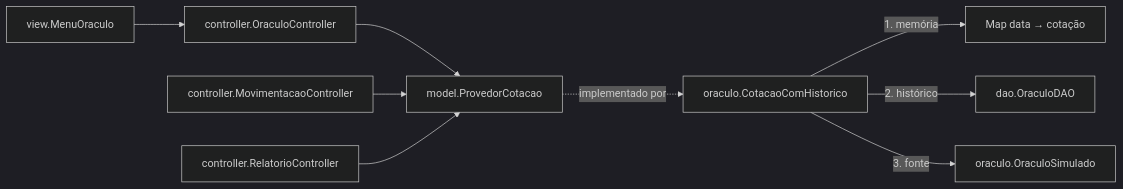
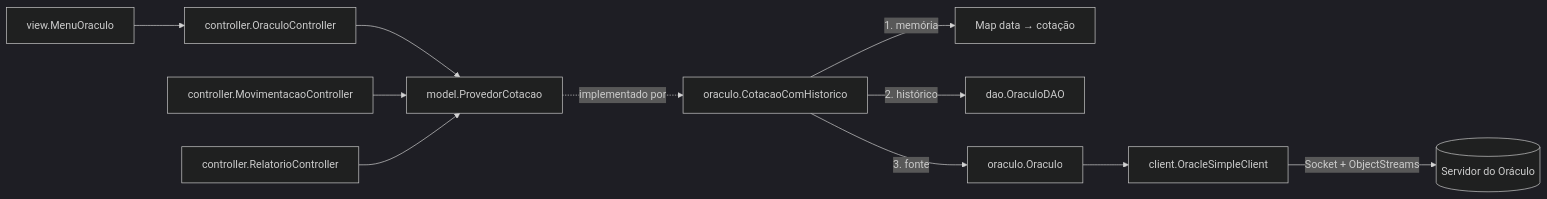
The diagram in docs/fluxo-oraculo.md (CassianoBorborema/FT_Coin), drawn with Mermaid (dark theme) before and after one commit. The commit also changed other lines of this file and 18 other files, not shown here.

````diff
--- a/docs/fluxo-oraculo.md
+++ b/docs/fluxo-oraculo.md
@@ -12,11 +12,13 @@
 ```mermaid
 flowchart LR
     MenuOraculo["view.MenuOraculo"] --> OraculoController["controller.OraculoController"]
     OraculoController --> Provedor["model.ProvedorCotacao"]
     MovimentacaoController["controller.MovimentacaoController"] --> Provedor
     RelatorioController["controller.RelatorioController"] --> Provedor
     Provedor -.->|"implementado por"| Historico["oraculo.CotacaoComHistorico"]
     Historico -->|"1. memória"| Cache["Map data → cotação"]
     Historico -->|"2. histórico"| OraculoDAO["dao.OraculoDAO"]
-    Historico -->|"3. fonte"| Simulado["oraculo.OraculoSimulado"]
+    Historico -->|"3. fonte"| Remoto["oraculo.Oraculo"]
+    Remoto --> Cliente["client.OracleSimpleClient"]
+    Cliente -->|"Socket + ObjectStreams"| Servidor[("Servidor do Oráculo")]
 ```
````
